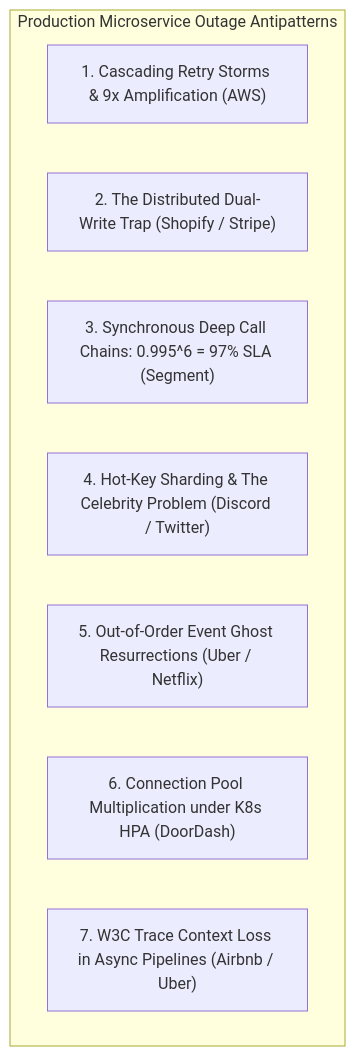
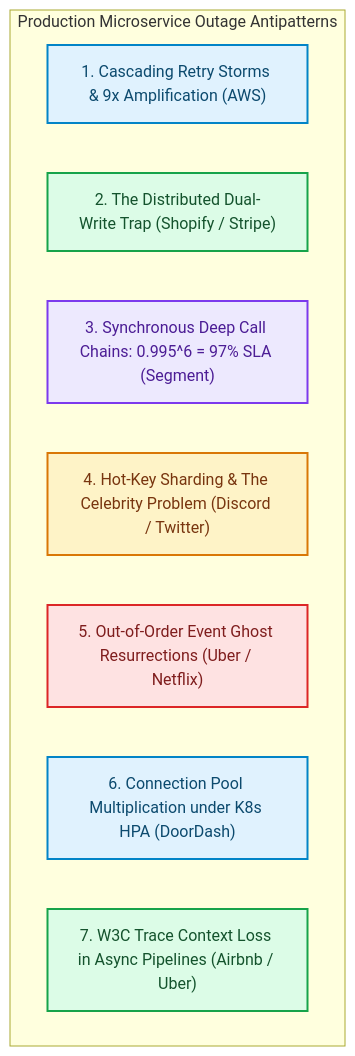
The first of 5 diagrams in blog/posts/7-fatal-microservices-gotchas-uber-netflix-discord-aws.md (akmalkhaniub/akmalkhaniub.github.io), drawn with Mermaid before and after one commit. The commit also changed other lines of this file and 1291 other files, not shown here.

First line of the commit message:
feat(catalog): unique covers, scholarly references, and diagram palettes

````diff
--- a/blog/posts/7-fatal-microservices-gotchas-uber-netflix-discord-aws.md
+++ b/blog/posts/7-fatal-microservices-gotchas-uber-netflix-discord-aws.md
@@ -11,12 +11,23 @@
 ```mermaid
 flowchart TD
   subgraph SG1_ProductionMicroserviceOutage ["Production Microservice Outage Antipatterns"]
     G1["1. Cascading Retry Storms & 9x Amplification (AWS)"]
     G2["2. The Distributed Dual-Write Trap (Shopify / Stripe)"]
     G3["3. Synchronous Deep Call Chains: 0.995^6 = 97% SLA (Segment)"]
     G4["4. Hot-Key Sharding & The Celebrity Problem (Discord / Twitter)"]
     G5["5. Out-of-Order Event Ghost Resurrections (Uber / Netflix)"]
     G6["6. Connection Pool Multiplication under K8s HPA (DoorDash)"]
     G7["7. W3C Trace Context Loss in Async Pipelines (Airbnb / Uber)"]
   end
+
+classDef green fill:#dcfce7,stroke:#16a34a,stroke-width:2px,color:#14532d;
+classDef red fill:#fee2e2,stroke:#dc2626,stroke-width:2px,color:#7f1d1d;
+classDef blue fill:#e0f2fe,stroke:#0284c7,stroke-width:2px,color:#0c4a6e;
+classDef yellow fill:#fef3c7,stroke:#d97706,stroke-width:2px,color:#78350f;
+classDef purple fill:#ede9fe,stroke:#7c3aed,stroke-width:2px,color:#4c1d95;
+class G1,G6 blue
+class G2,G7 green
+class G3 purple
+class G4 yellow
+class G5 red
 ```
````
